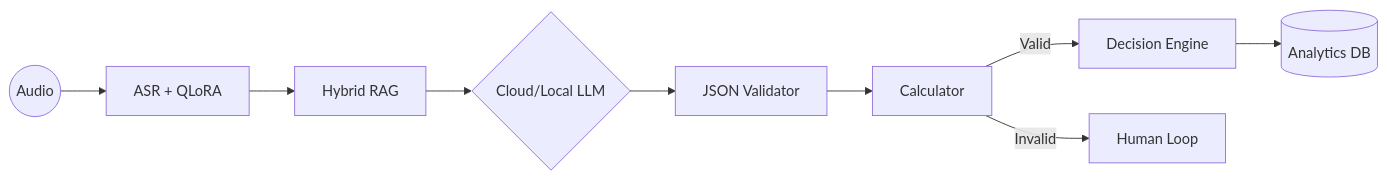
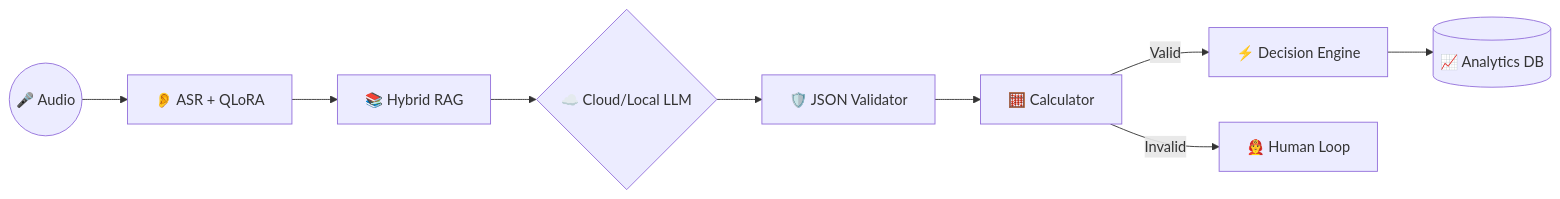
The third of 3 diagrams in README.md (rayantr06/emergency-lang-kit), drawn with Mermaid before and after one commit. The commit also changed other lines of this file, not shown here.

Commit message:
style(docs): add descriptive emojis to Mermaid diagrams for better clarity

````diff
--- a/README.md
+++ b/README.md
@@ -94,11 +94,11 @@
 ```mermaid
 graph LR
-    A((Audio)) --> B["ASR + QLoRA"]
-    B --> C["Hybrid RAG"]
-    C --> D{"Cloud/Local LLM"}
-    D --> E["JSON Validator"]
-    E --> F["Calculator"]
-    F -- Valid --> G["Decision Engine"]
-    F -- Invalid --> H["Human Loop"]
-    G --> I[("Analytics DB")]
+    A(("🎤 Audio")) --> B["👂 ASR + QLoRA"]
+    B --> C["📚 Hybrid RAG"]
+    C --> D{"☁️ Cloud/Local LLM"}
+    D --> E["🛡️ JSON Validator"]
+    E --> F["🧮 Calculator"]
+    F -- Valid --> G["⚡ Decision Engine"]
+    F -- Invalid --> H["👨‍🚒 Human Loop"]
+    G --> I[("📈 Analytics DB")]
 ```
````
